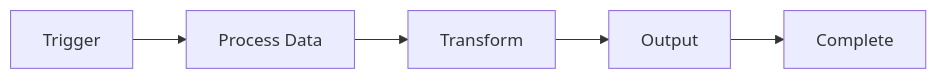
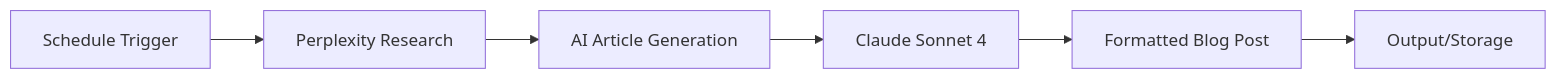
Before and after one commit to jeremylongshore/ai-blog-journalist-n8n: the diagram in README.md, drawn with Mermaid. The commit also changed other lines of this file, not shown here.

Commit message:
Update README with custom workflow diagram and detailed documentation

````diff
--- a/README.md
+++ b/README.md
@@ -16,7 +16,8 @@
 ```mermaid
 graph LR
-    A[Trigger] --> B[Process Data]
-    B --> C[Transform]
-    C --> D[Output]
-    D --> E[Complete]
+    A[Schedule Trigger] --> B[Perplexity Research]
+    B --> C[AI Article Generation]
+    C --> D[Claude Sonnet 4]
+    D --> E[Formatted Blog Post]
+    E --> F[Output/Storage]
 ```
````
